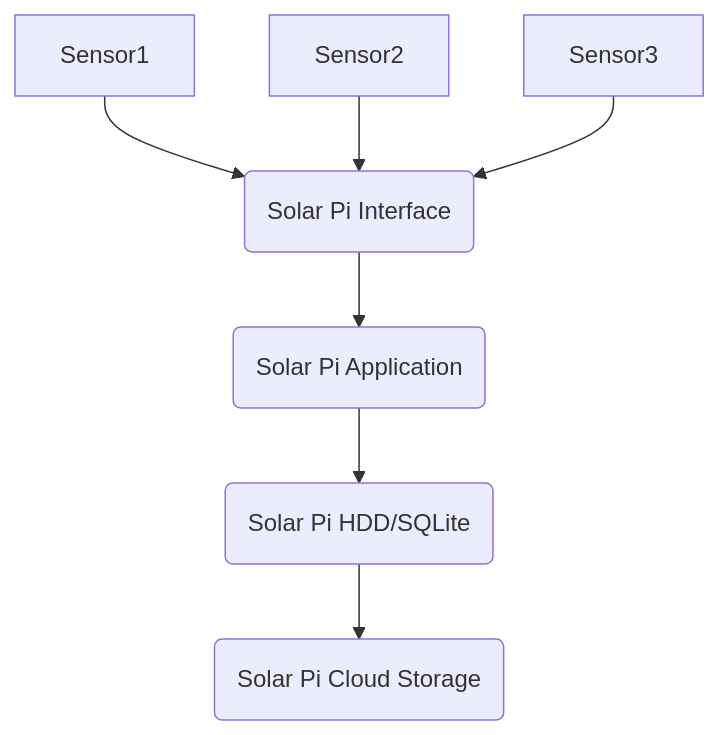
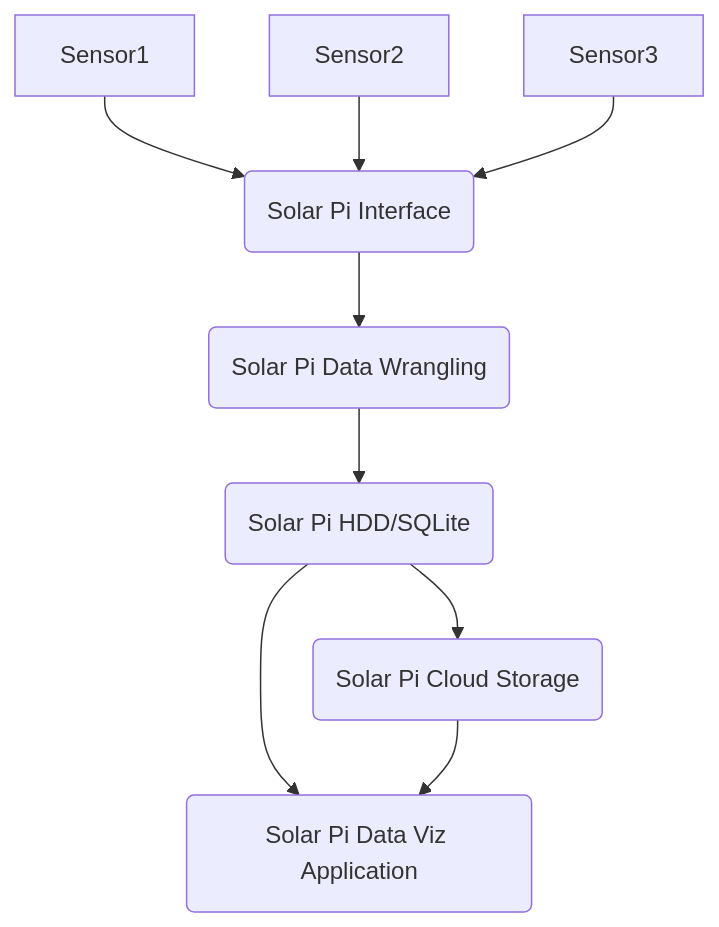
The second of 2 diagrams in README.md (ericdmoore/solar-pi), drawn with Mermaid before and after one commit. The commit also changed other lines of this file, not shown here.

Commit message:
soft components.2

````diff
--- a/README.md
+++ b/README.md
@@ -180,9 +179,11 @@
 ```mermaid
   graph TD;
       Sensor1-->SolPiIntf(Solar Pi Interface)
       Sensor2-->SolPiIntf(Solar Pi Interface)
       Sensor3-->SolPiIntf(Solar Pi Interface)
-      SolPiIntf(Solar Pi Interface)-->solApp(Solar Pi Application)
-      solApp(Solar Pi Application)-->solStorageLocal(Solar Pi HDD/SQLite)
+      SolPiIntf(Solar Pi Interface)-->solData(Solar Pi Data Wrangling)
+      solData(Solar Pi Data Wrangling)-->solStorageLocal(Solar Pi HDD/SQLite)
       solStorageLocal(Solar Pi HDD/SQLite)-->solCloudStorage(Solar Pi Cloud Storage)
+      solStorageLocal-->solVizApp(Solar Pi Data Viz Application)
+      solCloudStorage-->solVizApp(Solar Pi Data Viz Application)
 ```
````
